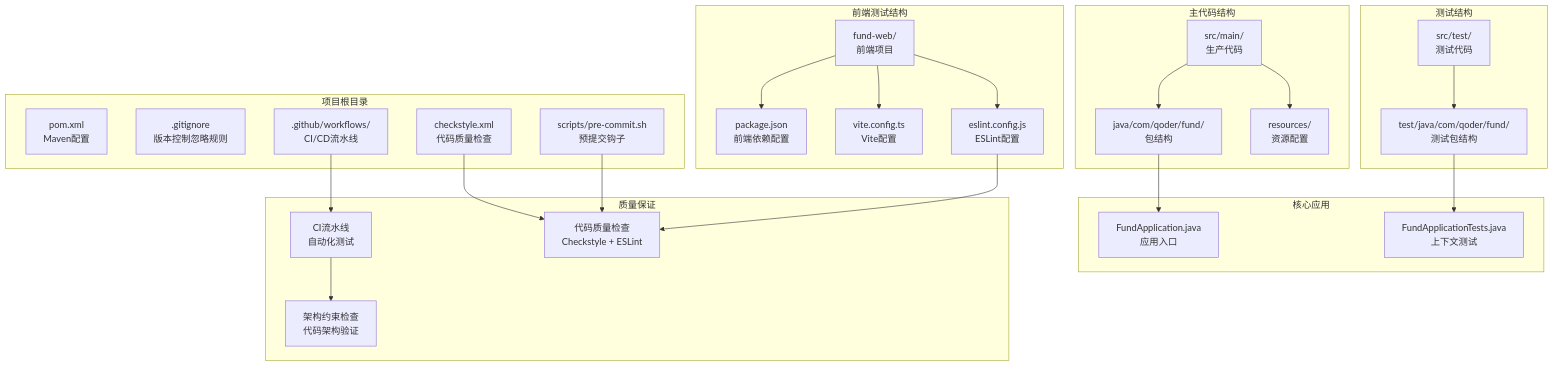
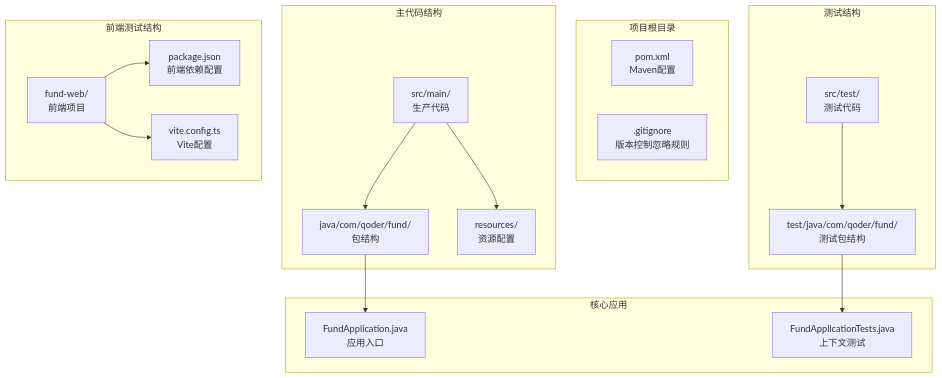
One commit to gree-coder/fund-butler changed the first of 18 diagrams in .qoder/repowiki/zh/content/核心功能开发/测试策略.md. Above: the diagram before and after it, drawn with Mermaid. The commit also changed other lines of this file and 21 other files, not shown here.

````diff
--- a/.qoder/repowiki/zh/content/核心功能开发/测试策略.md
+++ b/.qoder/repowiki/zh/content/核心功能开发/测试策略.md
@@ -57,47 +41,32 @@
 ```mermaid
 graph TB
 subgraph "项目根目录"
 POM[pom.xml<br/>Maven配置]
 GIT[.gitignore<br/>版本控制忽略规则]
-GITHUB_WORKFLOWS[.github/workflows/<br/>CI/CD流水线]
-CHECKSTYLE[checkstyle.xml<br/>代码质量检查]
-PRE_COMMIT[scripts/pre-commit.sh<br/>预提交钩子]
 end
 subgraph "主代码结构"
 MAIN[src/main/<br/>生产代码]
 JAVA[java/com/qoder/fund/<br/>包结构]
 RESOURCES[resources/<br/>资源配置]
 end
 subgraph "测试结构"
 TEST[src/test/<br/>测试代码]
 TEST_JAVA[test/java/com/qoder/fund/<br/>测试包结构]
 end
 subgraph "前端测试结构"
 WEB[fund-web/<br/>前端项目]
 WEB_PACKAGE[package.json<br/>前端依赖配置]
 WEB_VITE[vite.config.ts<br/>Vite配置]
-WEB_ESLINT[eslint.config.js<br/>ESLint配置]
 end
 subgraph "核心应用"
 APP[FundApplication.java<br/>应用入口]
 TEST_APP[FundApplicationTests.java<br/>上下文测试]
 end
-subgraph "质量保证"
-CI[CI流水线<br/>自动化测试]
-CODE_QUALITY[代码质量检查<br/>Checkstyle + ESLint]
-ARCHITECTURE_CHECK[架构约束检查<br/>代码架构验证]
-end
-GITHUB_WORKFLOWS --> CI
-CHECKSTYLE --> CODE_QUALITY
-PRE_COMMIT --> CODE_QUALITY
-WEB_ESLINT --> CODE_QUALITY
-CI --> ARCHITECTURE_CHECK
 MAIN --> JAVA
 MAIN --> RESOURCES
 TEST --> TEST_JAVA
 JAVA --> APP
 TEST_JAVA --> TEST_APP
 WEB --> WEB_PACKAGE
 WEB --> WEB_VITE
-WEB --> WEB_ESLINT
 ```
````
